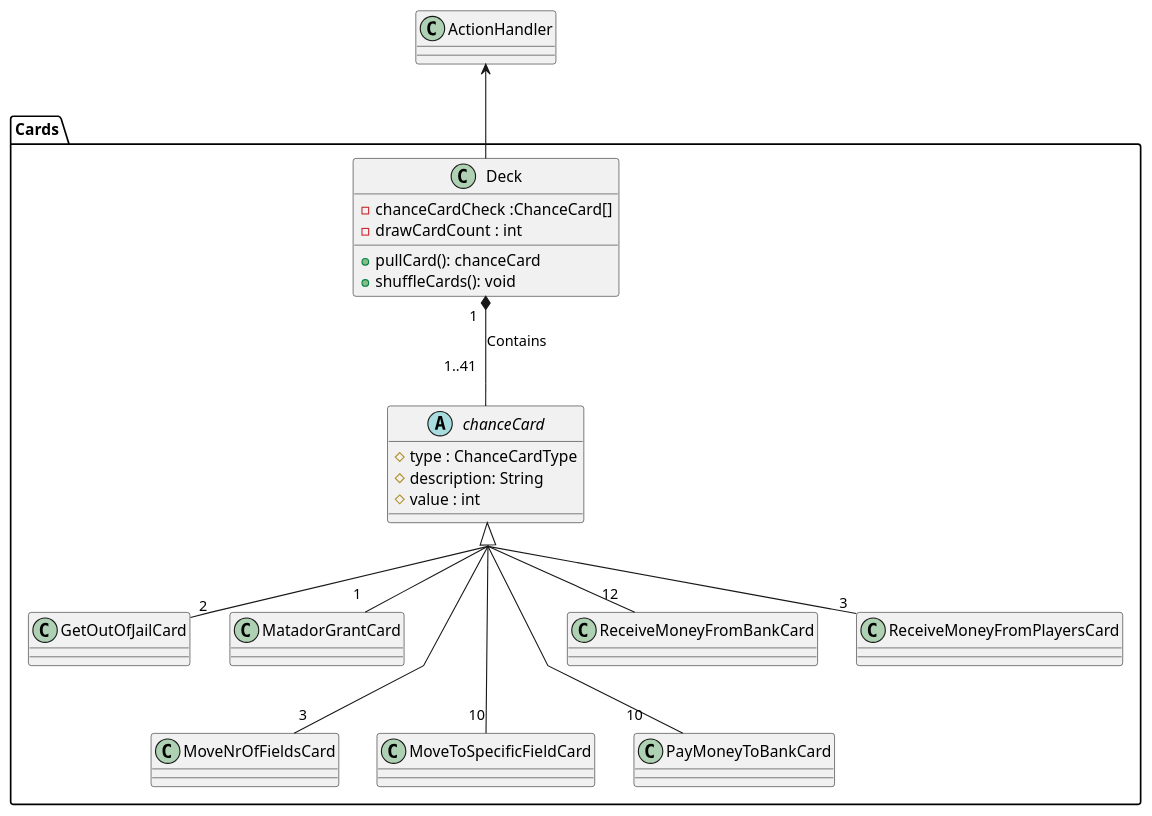
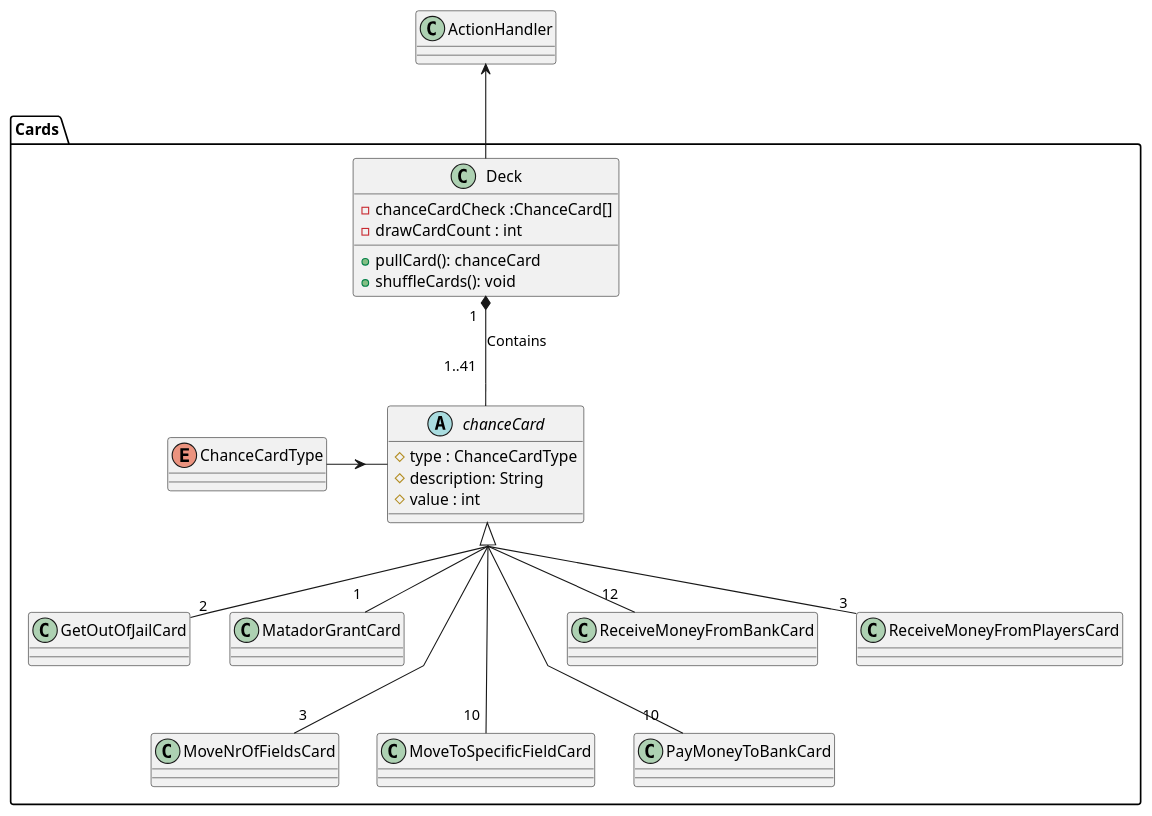
Before and after one commit to Greve2001/CDIO-final: the diagram in diagrams/Cards_Package_Class_Diagram.puml, drawn with PlantUML.

Commit message:
Made little chance in Cards_Package_Class_Diagram.puml

```diff
--- a/diagrams/Cards_Package_Class_Diagram.puml
+++ b/diagrams/Cards_Package_Class_Diagram.puml
@@ -1,58 +1,62 @@
 @startuml
 'https://plantuml.com/class-diagram
 
 skinparam groupInheritance 2
+
+
 
 
 
 skinparam linetype polyline
 package Cards
 {
    abstract class chanceCard{
        #type : ChanceCardType
        #description: String
        #value : int
    }
    class Deck{
       -chanceCardCheck :ChanceCard[]
       -drawCardCount : int
 
       +pullCard(): chanceCard
       +shuffleCards(): void
    }
    class GetOutOfJailCard{
    }
    class MatadorGrantCard{
    }
    class MoveNrOfFieldsCard{
    }
    class MoveToSpecificFieldCard{
    }
    class PayMoneyToBankCard{
    }
    class ReceiveMoneyFromBankCard{
    }
    class ReceiveMoneyFromPlayersCard{
    }
+   enum ChanceCardType{
+   }
 
 
 }
 
 Deck "1  " *-- "1..41  " chanceCard: Contains \t
 
 ActionHandler <-- Deck
 
 
 chanceCard <|-- "2" GetOutOfJailCard
 chanceCard <|-- "1    " MatadorGrantCard
 chanceCard <|--- "3" MoveNrOfFieldsCard
-chanceCard <|--- "10" MoveToSpecificFieldCard
-chanceCard <|--- "        10     " PayMoneyToBankCard
+chanceCard <|--- "10 " MoveToSpecificFieldCard
+chanceCard <|--- "        10 " PayMoneyToBankCard
 chanceCard <|-- "12" ReceiveMoneyFromBankCard
 chanceCard <|-- "3" ReceiveMoneyFromPlayersCard
 
-
+ChanceCardType -r-> chanceCard
 
 
 
 @enduml
```
